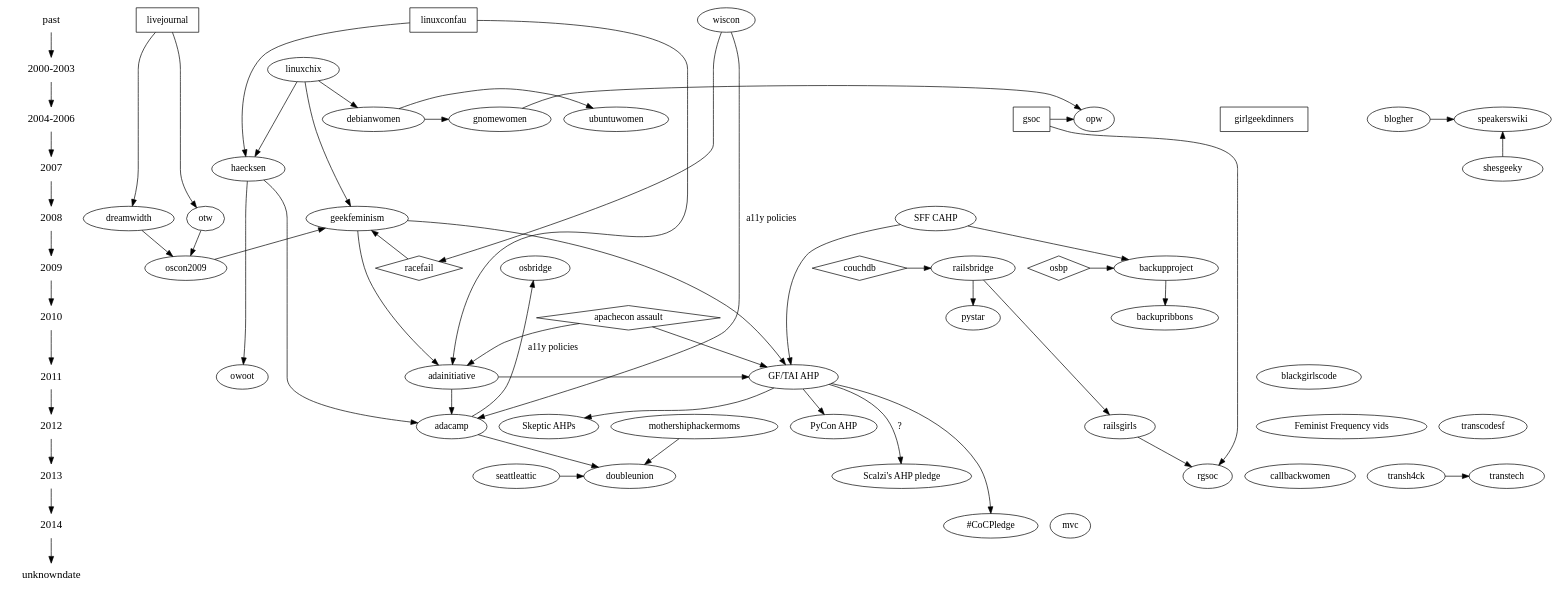
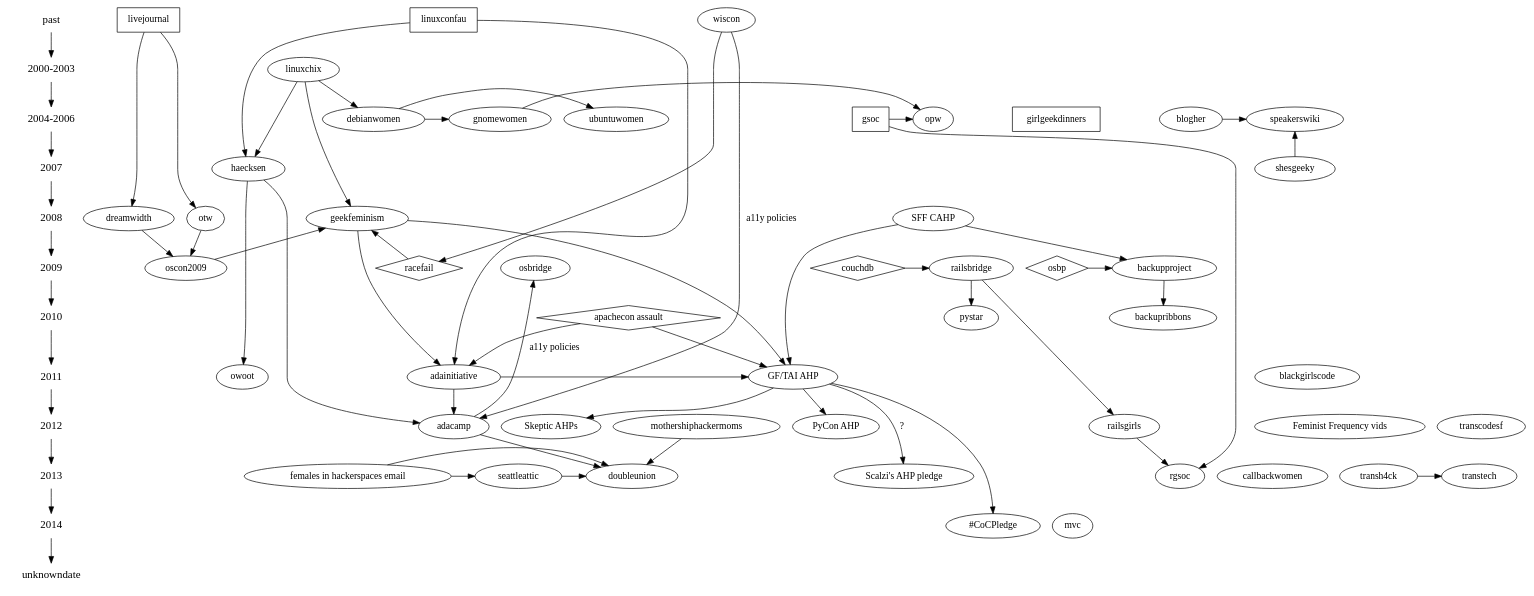
One commit to brainwane/gf-family-tree changed the diagram in gfft.dot. Above: the diagram before and after it, drawn with Graphviz. The commit also changed 1 other file, not shown here.

Commit message:
Added "females in hackerspaces email" incident

```diff
--- a/gfft.dot
+++ b/gfft.dot
@@ -1,157 +1,159 @@
 digraph GeekFeminismFamilyTree {
 
   /*
      The following shapes are used for different types of things:
      oval = geek feminist/women-in-tech/etc organisation
      rectangle = orgs that aren't particularly feminist, but are influential
      diamond = event/incident (cf. GF wiki "Timeline of Incidents")
   */
 
   /*
      And this section lays out the history in terms of years.
   */
 
   {
     node [shape=plaintext, fontsize=16];
     past -> "2000-2003" -> "2004-2006" -> 2007 -> 2008 -> 2009 -> 2010 -> 2011 -> 2012 -> 2013 -> 2014 -> unknowndate;
   }
   { rank = same; past; livejournal; wiscon; linuxconfau}
   { rank = same; "2000-2003"; linuxchix; }
   { rank = same; "2004-2006"; gsoc; opw; ubuntuwomen; gnomewomen; debianwomen; girlgeekdinners; blogher; speakerswiki}
   { rank = same; 2007; haecksen; shesgeeky; }
   { rank = same; 2008; "SFF CAHP"; geekfeminism; dreamwidth; otw; }
   { rank = same; 2009; oscon2009; racefail; couchdb; railsbridge; osbp; backupproject; osbridge; }
   { rank = same; 2010; "apachecon assault"; backupribbons;}
   { rank = same; 2011; adainitiative; "GF/TAI AHP"; owoot; blackgirlscode }
   { rank = same; 2012; adacamp; railsgirls; "Skeptic AHPs"; "PyCon AHP"; "Feminist Frequency vids"; transcodesf; }
-  { rank = same; 2013; seattleattic; doubleunion; rgsoc; callbackwomen; "Scalzi's AHP pledge"; transh4ck; transtech; }
+  { rank = same; 2013; seattleattic; doubleunion; rgsoc; callbackwomen; "Scalzi's AHP pledge"; transh4ck; transtech; "females in hackerspaces email"}
   { rank = same; 2014; mvc; "#CoCPledge"; }
   { rank = same; 2014; mvc }
   { rank = same; unknowndate; }
 
   /* GGD explicitly identify as non-feminist
    * news.bbc.co.uk/2/hi/technology/8663593.stm */
   girlgeekdinners [shape=rectangle]
 
   /* Skud set up the GF wiki in 2008, mostly inspired by earlier "women
    * in open source" communities such as linuxchix */
   linuxchix -> geekfeminism;
 
   /* in 2009, Racefail introduced Skud and other GF wiki contributors to
    * a lot of new ideas */
   racefail -> geekfeminism;
   racefail [shape=diamond];
 
   /* in 2010, the Noirin Plunkett's assault at ApacheCon triggered
    * discussions about anti-harassment that would lead to the formation
    * of the Ada Initiative */
   "apachecon assault" -> adainitiative;
   "apachecon assault" [shape=diamond];
 
   /* GF (esp. volunteer burnout) was an influence on TAI */
   geekfeminism -> adainitiative;
 
   /* The first TAI discussions were held at LCA */
   linuxconfau -> adainitiative;
   linuxconfau [shape=rectangle];
 
   /* TAI wrote the first conf anti-harassment poilcy in response to the
    * apachecon assault */
   "apachecon assault" -> "GF/TAI AHP"
   "geekfeminism" -> "GF/TAI AHP"
   "adainitiative" -> "GF/TAI AHP"
 
   /* The Con Anti-Harassment Policy (out of SFF fandom) also inspired it */
   "SFF CAHP" -> "GF/TAI AHP"
 
   /* Vaguely related: Open Source Boob Project and Backup Project */
   osbp -> backupproject
   osbp [shape=diamond]
   "SFF CAHP" -> backupproject
   backupproject -> backupribbons;
 
   /* The GF/TAI AHP inspired the PyCon variant */
   "GF/TAI AHP" -> "PyCon AHP";
 
   /* The GF/TAI AHP inspired the skeptic variants */
   "GF/TAI AHP" -> "Skeptic AHPs";
   "GF/TAI AHP" -> "#CoCPledge";
 
   /* Causation here is less clear. */
   "GF/TAI AHP" -> "Scalzi's AHP pledge" [label="?"];
 
   adainitiative -> adacamp;
 
   /* Adacamp was inspired in some ways by Wiscon, eg. accessibility */
   wiscon -> adacamp [label="a11y policies"];
   /* and then open source bridge picked up some of that from adacamp */
   adacamp -> osbridge [label="a11y policies"];
 
   /* DoubleUnion came out of AdaCamp SF in 2013 */
   adacamp -> doubleunion;
+  "females in hackerspaces email" -> seattleattic
+  "females in hackerspaces email" -> doubleunion
   /* pretty sure mothership hackermoms was also an inspiration? */
   mothershiphackermoms -> doubleunion;
   seattleattic -> doubleunion;
 
   /* Various early women-in-open-source mailing lists etc */
   linuxchix -> debianwomen;
   debianwomen -> ubuntuwomen;
   /* Direct ancestry, because Hanna Wallach did debianwomen first and
    * then GNOME Women, and was never a big participant in LinuxChix*/
   debianwomen -> gnomewomen;
   haecksen -> owoot;
 
   /* Gnome Outreach Program for Women, now FOSS OPW */
   gnomewomen -> opw;
   /* "The Outreach Program for Women (OPW) was inspired by Google's
    * Summer of Code and by how few women applied for it."
    * via gnome.org/opw (why can't I include double slashes in a comment?)
    */
   gsoc -> opw;
   gsoc [shape=rectangle]
 
   /* LinuxChix inspired the Haecksen miniconf at LCA */
   linuxchix -> haecksen;
   linuxconfau -> haecksen;
 
   /* Both creations of Mary Gardiner's, one of the inputs to AdaCamp is
      what wasn't possible with Haecksen */
   haecksen -> adacamp;
 
   /* RailsBridge happened in response to the CouchDB incident at
    * GoGaRuCo */
   couchdb -> railsbridge;
   couchdb [shape=diamond];
   railsbridge -> pystar;
   railsbridge -> railsgirls;
 
   /* There's now a rails girls summer of code */
 
   railsgirls -> rgsoc;
   gsoc -> rgsoc;
 
   wiscon -> racefail;
 
   /* Livejournal (esp. their fail) inspired DW and OTW */
   livejournal -> dreamwidth;
   livejournal -> otw;
   livejournal [shape=rectangle]
 
   /* Dreamwidth and OTW inspired Skud's 2009 OSCON keynote */
   dreamwidth -> oscon2009;
   otw -> oscon2009;
 
   /* GF blog came out of the oscon2009 keynote, as a place to have
    * ongoing conversations */
   oscon2009 -> geekfeminism;
 
   /* Trans*H4CK inspired the Transtech meetups
    * lukasblakk.com/why-i-was-part-of-creating-a-thing-called-transtech/ */
   transh4ck -> transtech;
 
   /* Speaker's wiki (www.socialtext.net/speakers) came out of BlogHer
    * '05 and is supported by She's Geeky */
   blogher -> speakerswiki;
   shesgeeky -> speakerswiki;
 
 }
```
